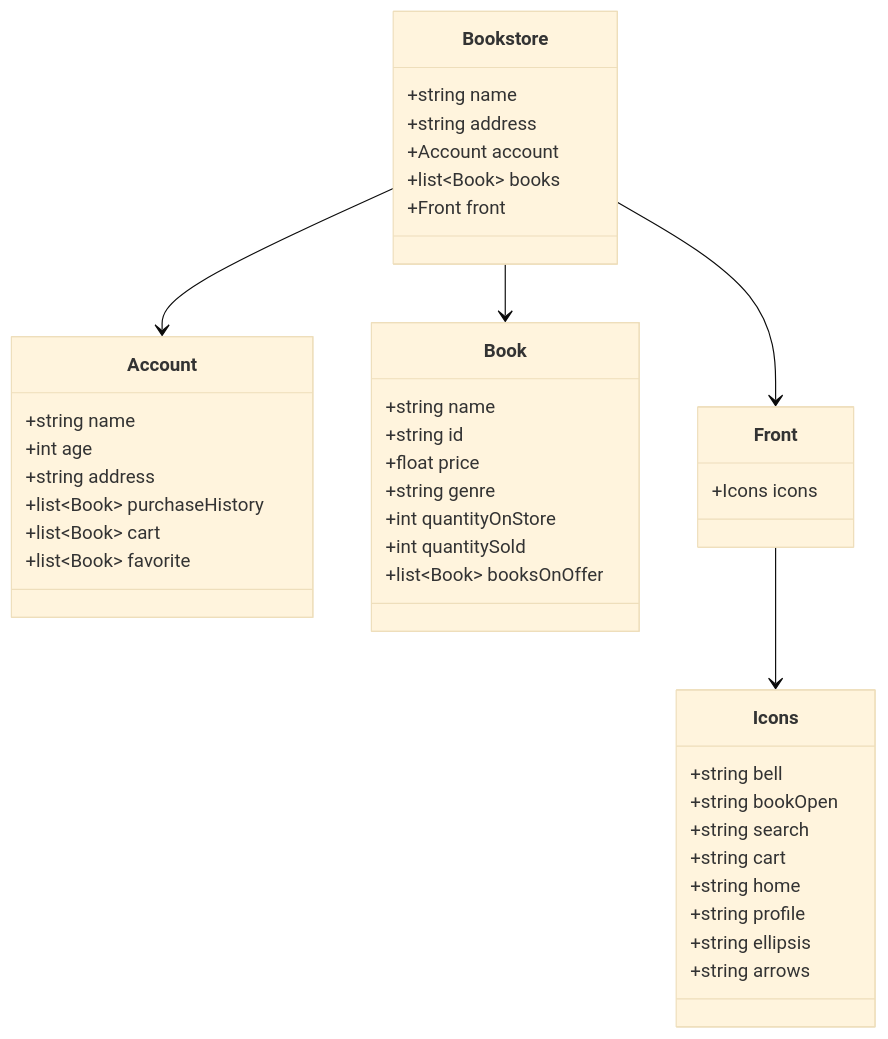
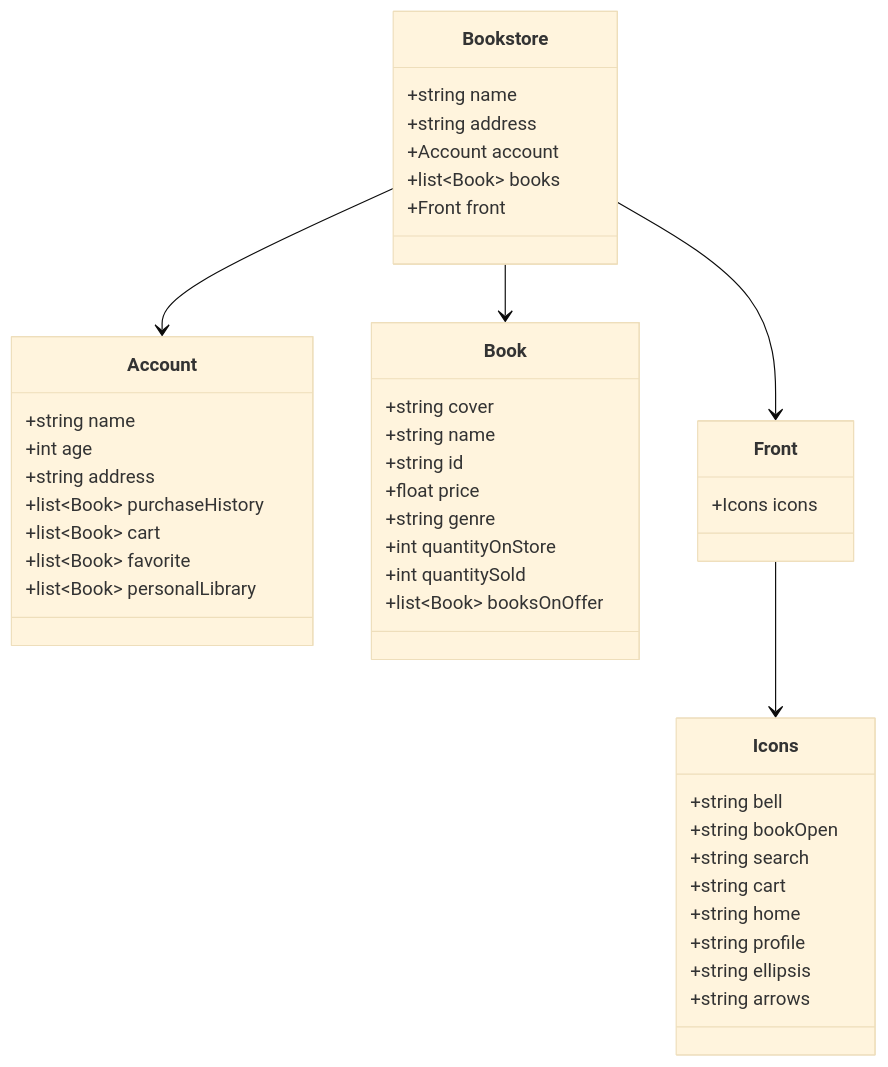
The diagram in README.md (Mescxll/ApiRest-Aplicando-na-Nuvem), drawn with Mermaid (base theme) before and after one commit.

Commit message:
Update README.md
Atualização de Diagrama

````diff
--- a/README.md
+++ b/README.md
@@ -10,49 +10,51 @@
 ```mermaid
 classDiagram
     class Bookstore {
         +string name
         +string address
         +Account account
         +list~Book~ books
         +Front front
     }
     
     class Account {
         +string name
         +int age
         +string address
         +list~Book~ purchaseHistory
         +list~Book~ cart
         +list~Book~ favorite
+        +list~Book~ personalLibrary
     }
     
     class Book {
+        +string cover
         +string name
         +string id
         +float price
         +string genre
         +int quantityOnStore
         +int quantitySold
         +list~Book~ booksOnOffer
     }
     
     class Front {
         +Icons icons
     }
     
     class Icons {
         +string bell
         +string bookOpen
         +string search
         +string cart
         +string home
         +string profile
         +string ellipsis
         +string arrows
     }
     
     Bookstore --> Account
     Bookstore --> Book
     Bookstore --> Front
     Front --> Icons
 ```
````
